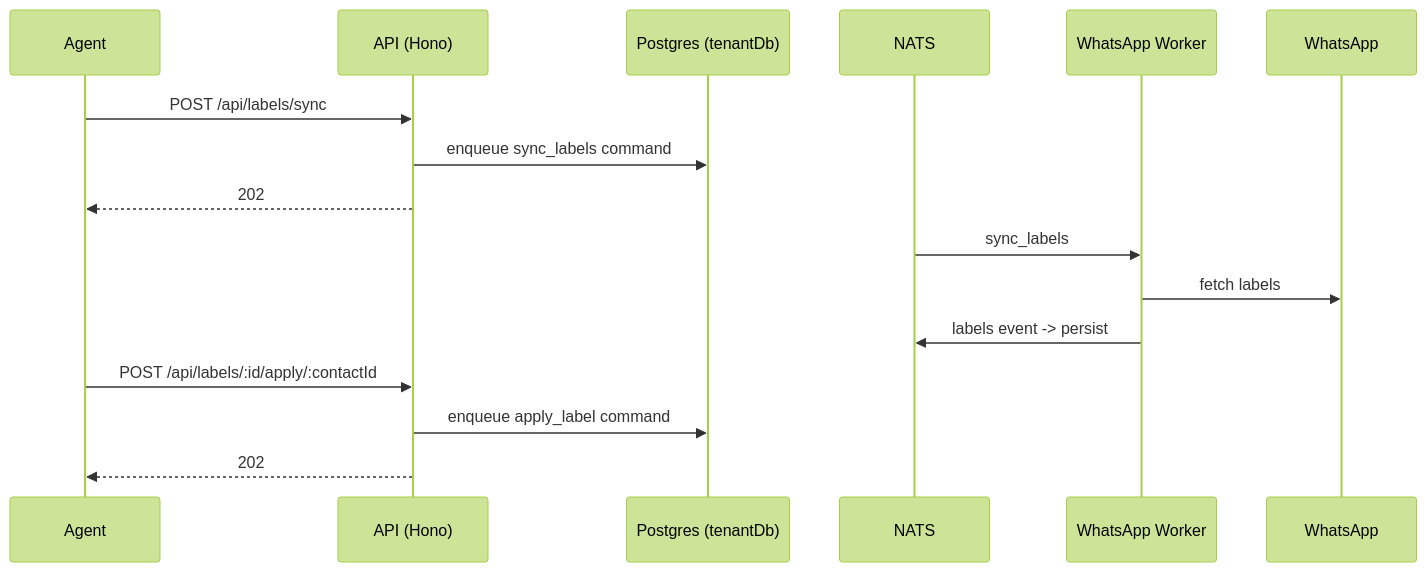
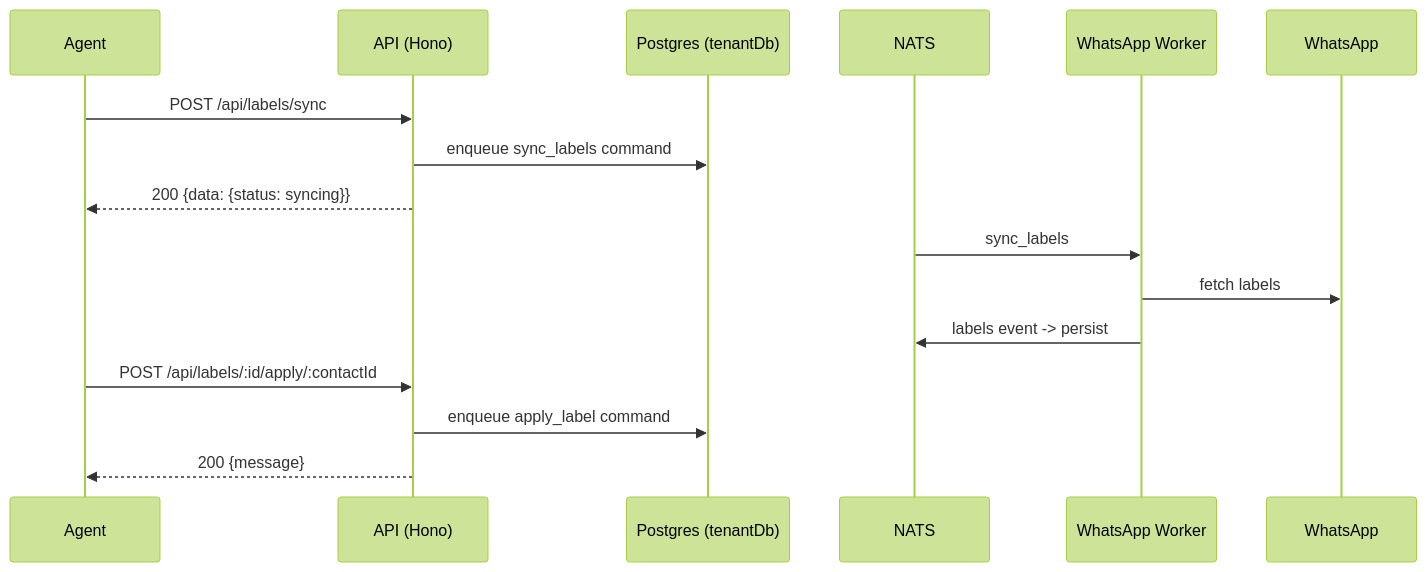
The diagram in docs/apis/labels.md (ygncode/wateaminbox), drawn with Mermaid (forest theme) before and after one commit. The commit also changed other lines of this file and 27 other files, not shown here.

````diff
--- a/docs/apis/labels.md
+++ b/docs/apis/labels.md
@@ -28,18 +28,18 @@
 ```mermaid
 sequenceDiagram
     participant U as Agent
     participant A as API (Hono)
     participant D as Postgres (tenantDb)
     participant N as NATS
     participant W as WhatsApp Worker
     participant WA as WhatsApp
     U->>A: POST /api/labels/sync
     A->>D: enqueue sync_labels command
-    A-->>U: 202
+    A-->>U: 200 {data: {status: syncing}}
     N->>W: sync_labels
     W->>WA: fetch labels
     W->>N: labels event -> persist
     U->>A: POST /api/labels/:id/apply/:contactId
     A->>D: enqueue apply_label command
-    A-->>U: 202
+    A-->>U: 200 {message}
 ```
````
